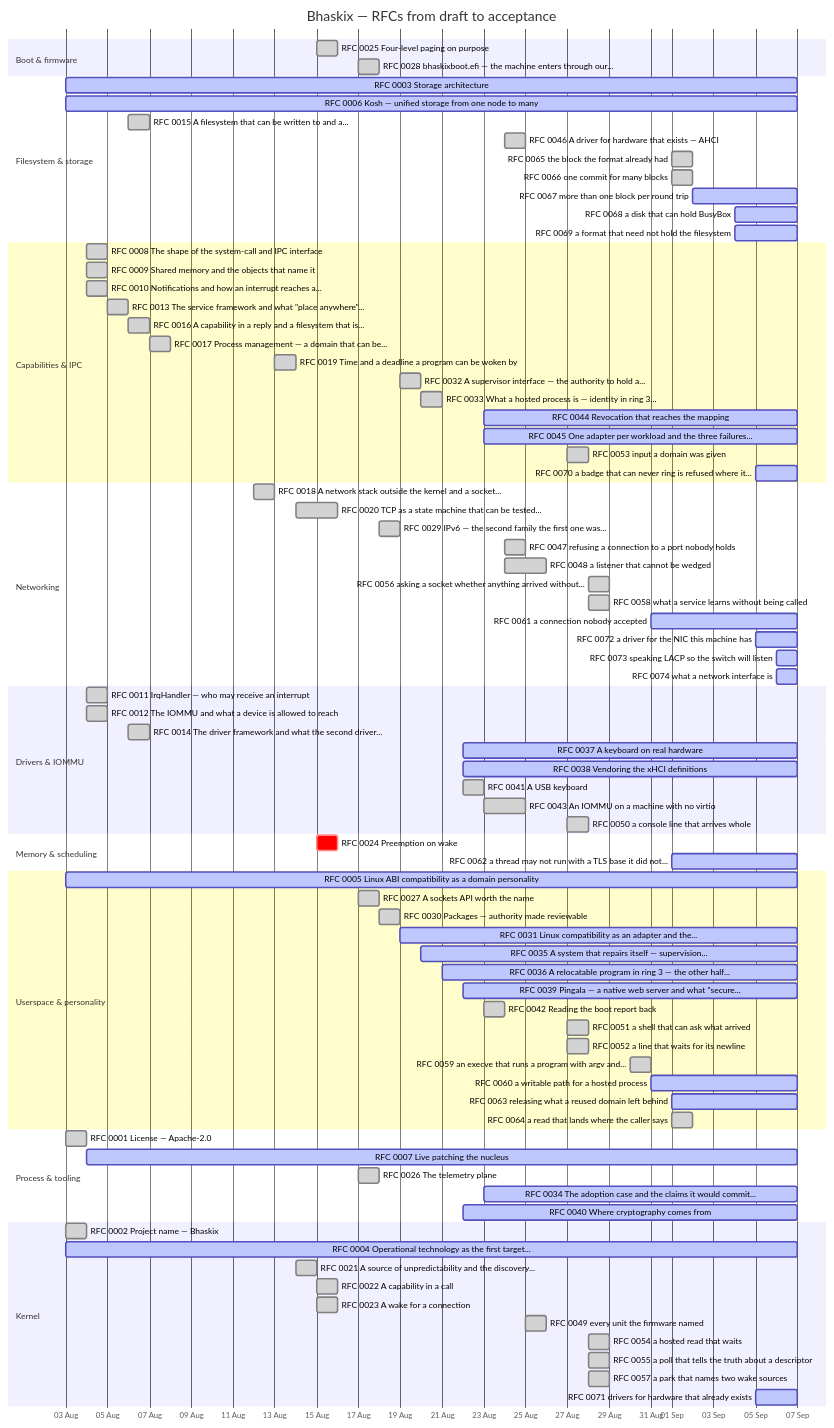
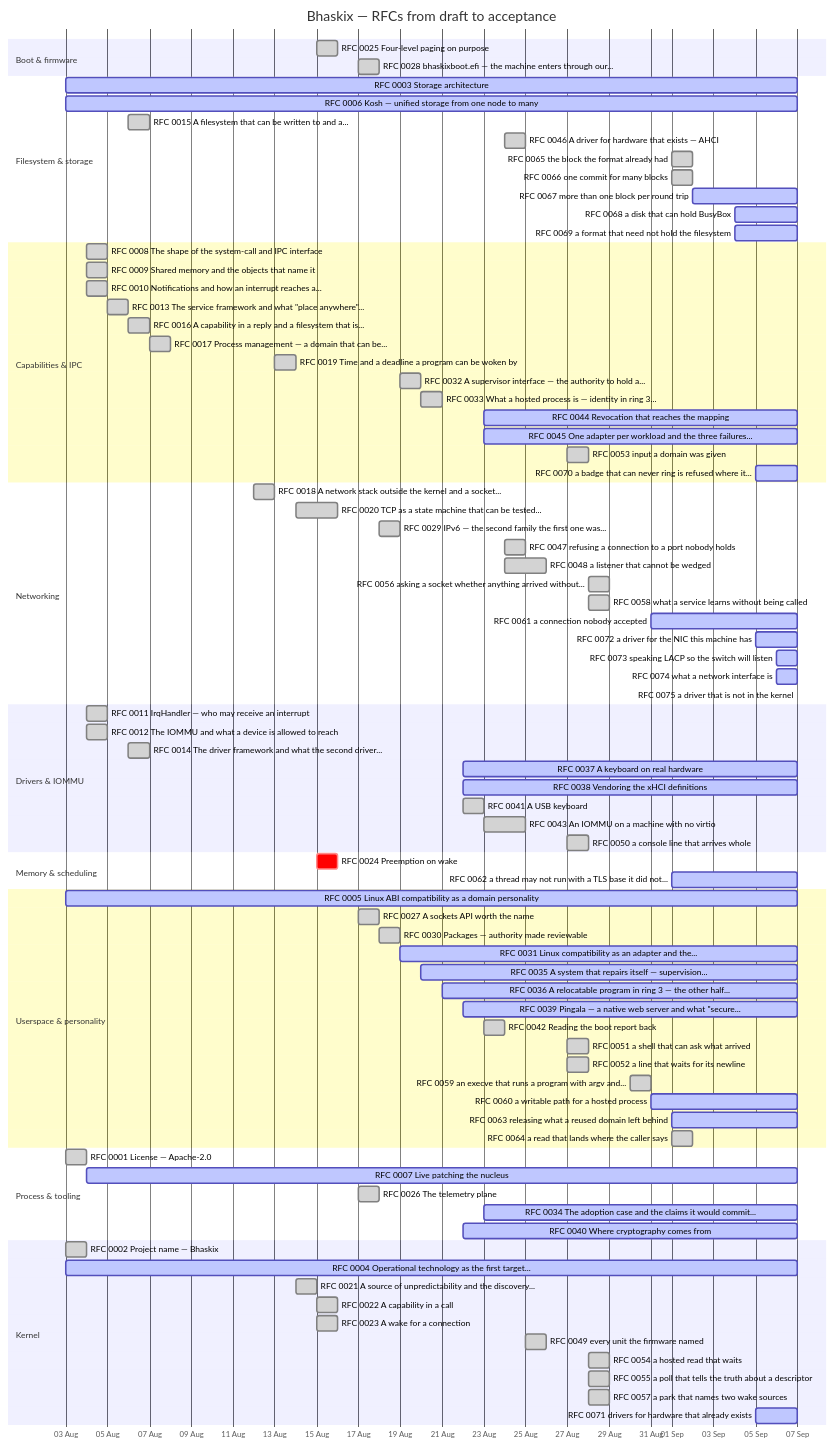
The diagram in docs/progress.md (bhaskix/bhaskix), drawn with Mermaid before and after one commit. The commit also changed other lines of this file and 11 other files, not shown here.

```diff
--- a/docs/progress.md
+++ b/docs/progress.md
@@ -66,6 +66,7 @@
     RFC 0072 a driver for the NIC this machine has :active, r0072, 2026-09-05, 2026-09-07
     RFC 0073 speaking LACP so the switch will listen :active, r0073, 2026-09-06, 2026-09-07
     RFC 0074 what a network interface is :active, r0074, 2026-09-06, 2026-09-07
+    RFC 0075 a driver that is not in the kernel :active, r0075, 2026-09-07, 2026-09-07
     section Drivers & IOMMU
     RFC 0011 IrqHandler — who may receive an interrupt :done, r0011, 2026-08-04, 1d
     RFC 0012 The IOMMU and what a device is allowed to reach :done, r0012, 2026-08-04, 1d
```
